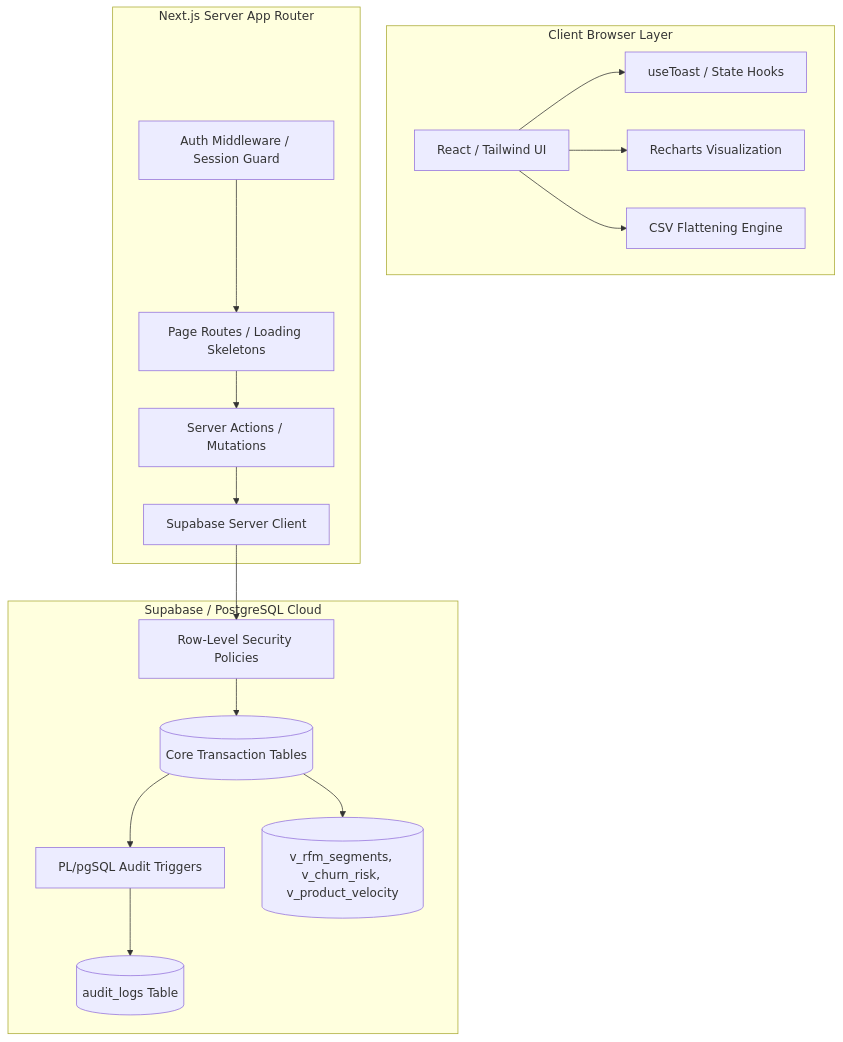
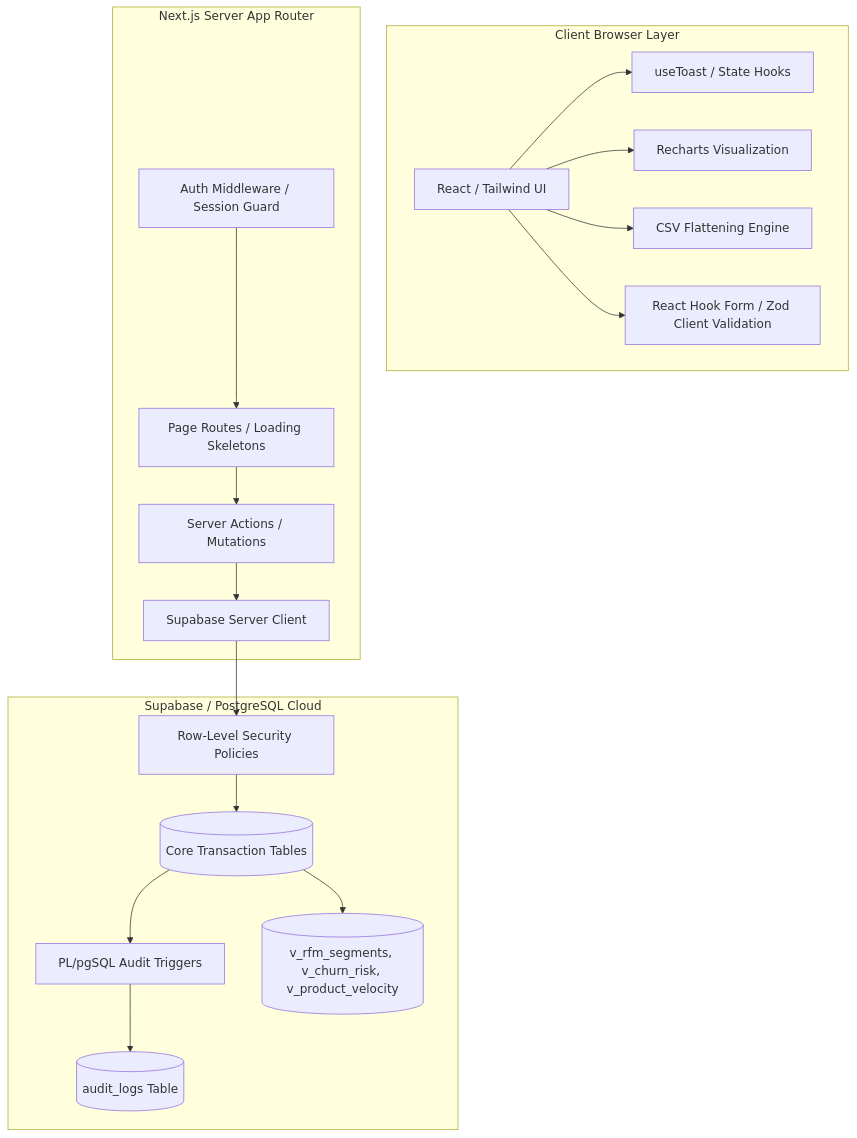
The diagram in README.md (prigo929/MetricFlow), drawn with Mermaid before and after one commit. The commit also changed other lines of this file, not shown here.

Commit message:
docs: update README with middleware authentication, zero-fill aggregation, and form validation details

````diff
--- a/README.md
+++ b/README.md
@@ -20,22 +20,23 @@
 ```mermaid
 graph TD
     subgraph Client Layer [Client Browser Layer]
         UI[React / Tailwind UI] --> Hooks[useToast / State Hooks]
         UI --> Charts[Recharts Visualization]
         UI --> Export[CSV Flattening Engine]
+        UI --> Forms[React Hook Form / Zod Client Validation]
     end
 
     subgraph Application Layer [Next.js Server App Router]
         Route[Page Routes / Loading Skeletons] --> Actions[Server Actions / Mutations]
         Actions --> SupabaseSDK[Supabase Server Client]
         Middleware[Auth Middleware / Session Guard] --> Route
     end
 
     subgraph Database Layer [Supabase / PostgreSQL Cloud]
         SupabaseSDK --> RLS[Row-Level Security Policies]
         RLS --> Tables[(Core Transaction Tables)]
         Tables --> Triggers[PL/pgSQL Audit Triggers]
         Triggers --> AuditLog[(audit_logs Table)]
         Tables --> Views[(v_rfm_segments, v_churn_risk, v_product_velocity)]
     end
 ```
````
